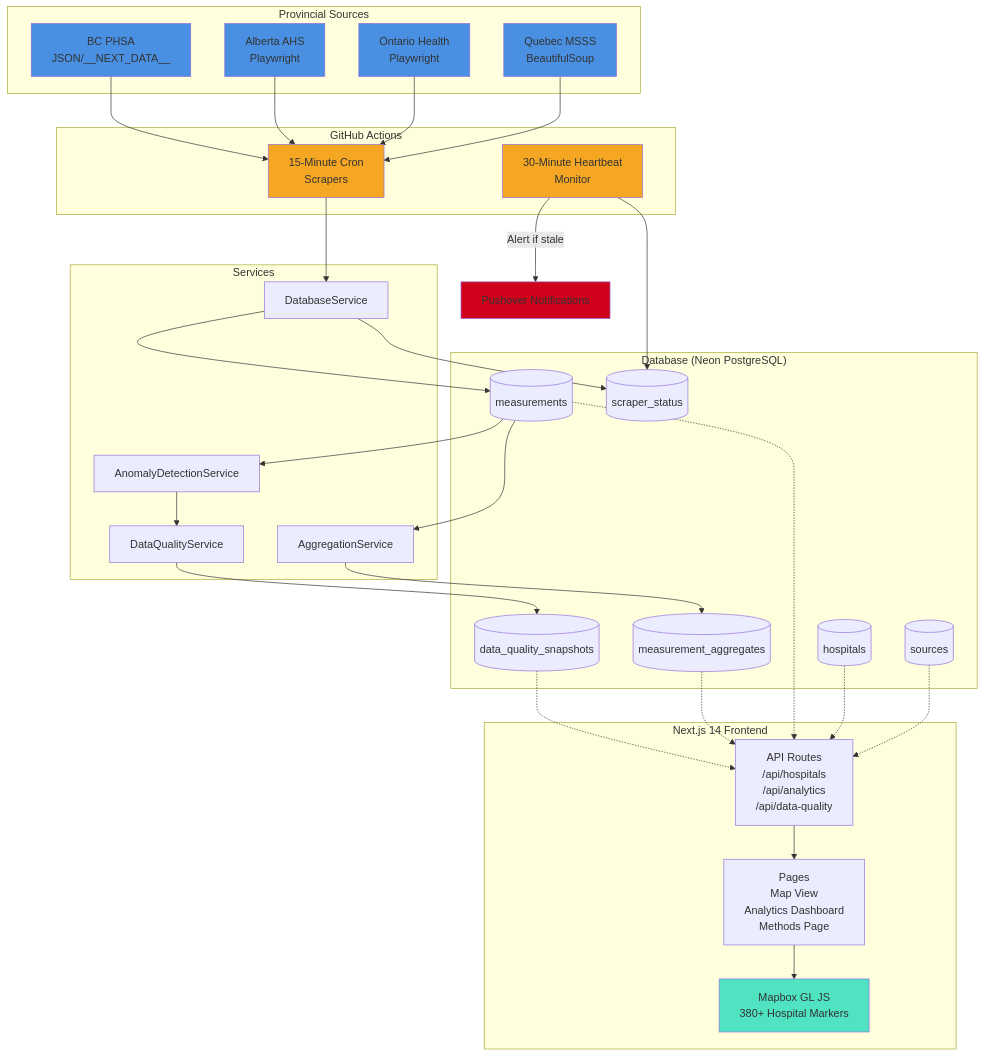
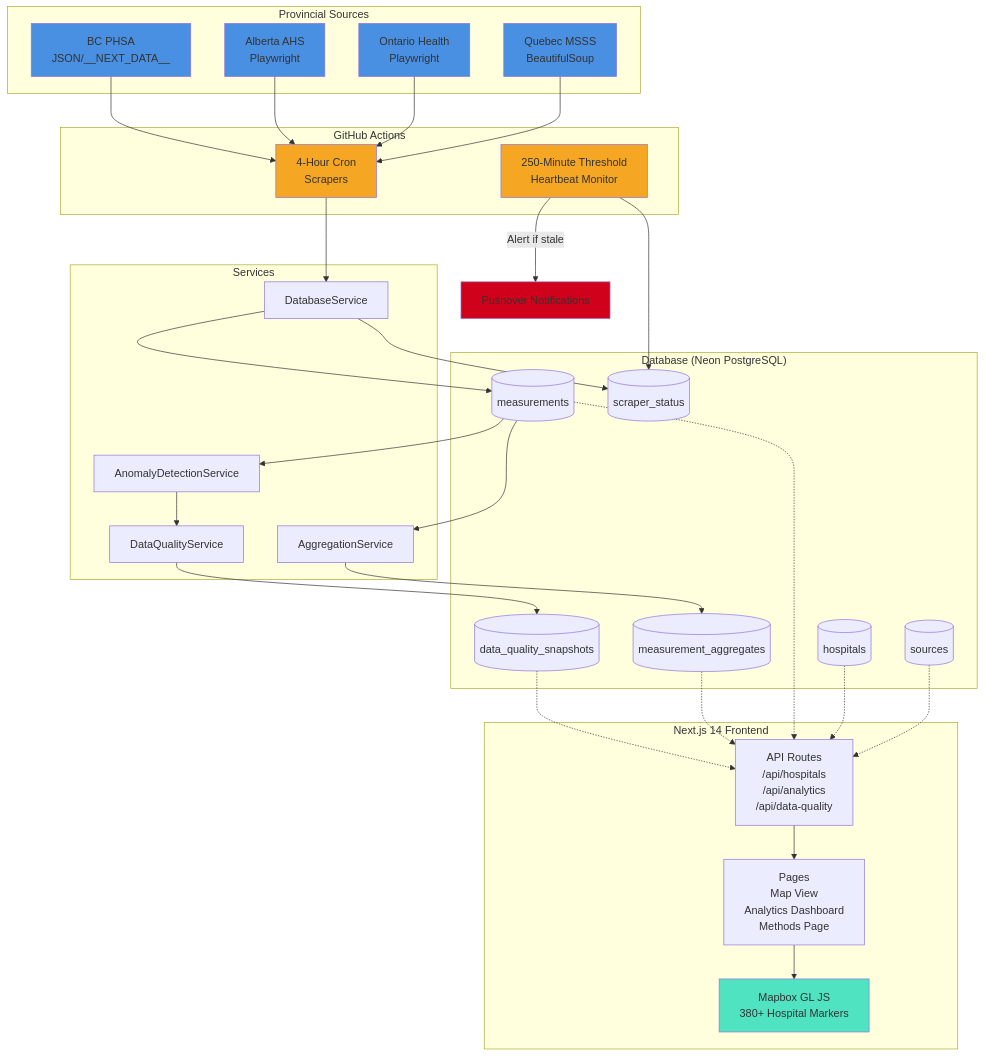
One commit to jerdaw/waittimecanada changed the diagram in README.md. Above: the diagram before and after it, drawn with Mermaid. The commit also changed other lines of this file and 12 other files, not shown here.

````diff
--- a/README.md
+++ b/README.md
@@ -91,73 +99,73 @@
 ```mermaid
 graph TD
     subgraph "Provincial Sources"
         QC[Quebec MSSS<br/>BeautifulSoup]
         ON[Ontario Health<br/>Playwright]
         AB[Alberta AHS<br/>Playwright]
         BC[BC PHSA<br/>JSON/__NEXT_DATA__]
     end
 
     subgraph "GitHub Actions"
-        CRON[15-Minute Cron<br/>Scrapers]
-        HB[30-Minute Heartbeat<br/>Monitor]
+        CRON[4-Hour Cron<br/>Scrapers]
+        HB[250-Minute Threshold<br/>Heartbeat Monitor]
     end
 
     subgraph "Database (Neon PostgreSQL)"
         SOURCES[(sources)]
         HOSPITALS[(hospitals)]
         MEASUREMENTS[(measurements)]
         AGGREGATES[(measurement_aggregates)]
         QUALITY[(data_quality_snapshots)]
         STATUS[(scraper_status)]
     end
 
     subgraph "Next.js 14 Frontend"
         API[API Routes<br/>/api/hospitals<br/>/api/analytics<br/>/api/data-quality]
         PAGES[Pages<br/>Map View<br/>Analytics Dashboard<br/>Methods Page]
         MAP[Mapbox GL JS<br/>380+ Hospital Markers]
     end
 
     subgraph "Services"
         DB_SVC[DatabaseService]
         AGG_SVC[AggregationService]
         DQ_SVC[DataQualityService]
         ANOM_SVC[AnomalyDetectionService]
     end
 
     QC --> CRON
     ON --> CRON
     AB --> CRON
     BC --> CRON
 
     CRON --> DB_SVC
     DB_SVC --> MEASUREMENTS
     DB_SVC --> STATUS
 
     HB --> STATUS
     HB -->|Alert if stale| PUSHOVER[Pushover Notifications]
 
     MEASUREMENTS --> AGG_SVC
     AGG_SVC --> AGGREGATES
 
     MEASUREMENTS --> ANOM_SVC
     ANOM_SVC --> DQ_SVC
     DQ_SVC --> QUALITY
 
     SOURCES -.-> API
     HOSPITALS -.-> API
     MEASUREMENTS -.-> API
     AGGREGATES -.-> API
     QUALITY -.-> API
 
     API --> PAGES
     PAGES --> MAP
 
     style QC fill:#4A90E2
     style ON fill:#4A90E2
     style AB fill:#4A90E2
     style BC fill:#4A90E2
     style CRON fill:#F5A623
     style HB fill:#F5A623
     style PUSHOVER fill:#D0021B
     style MAP fill:#50E3C2
 ```
````
